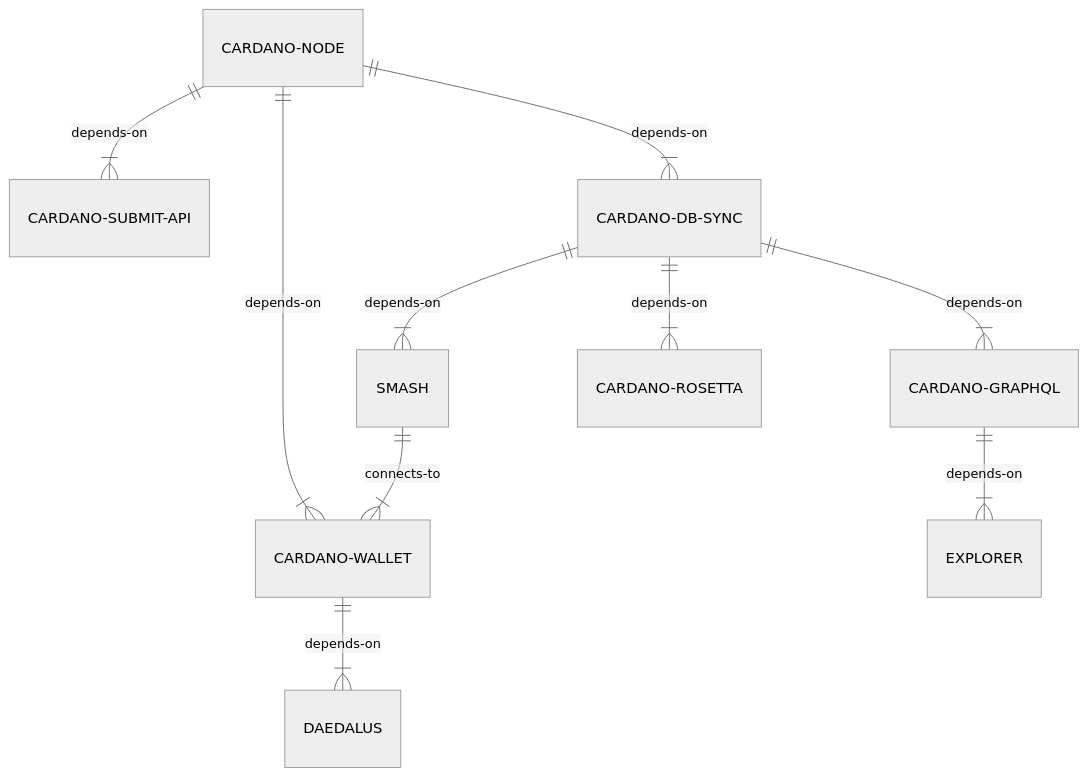
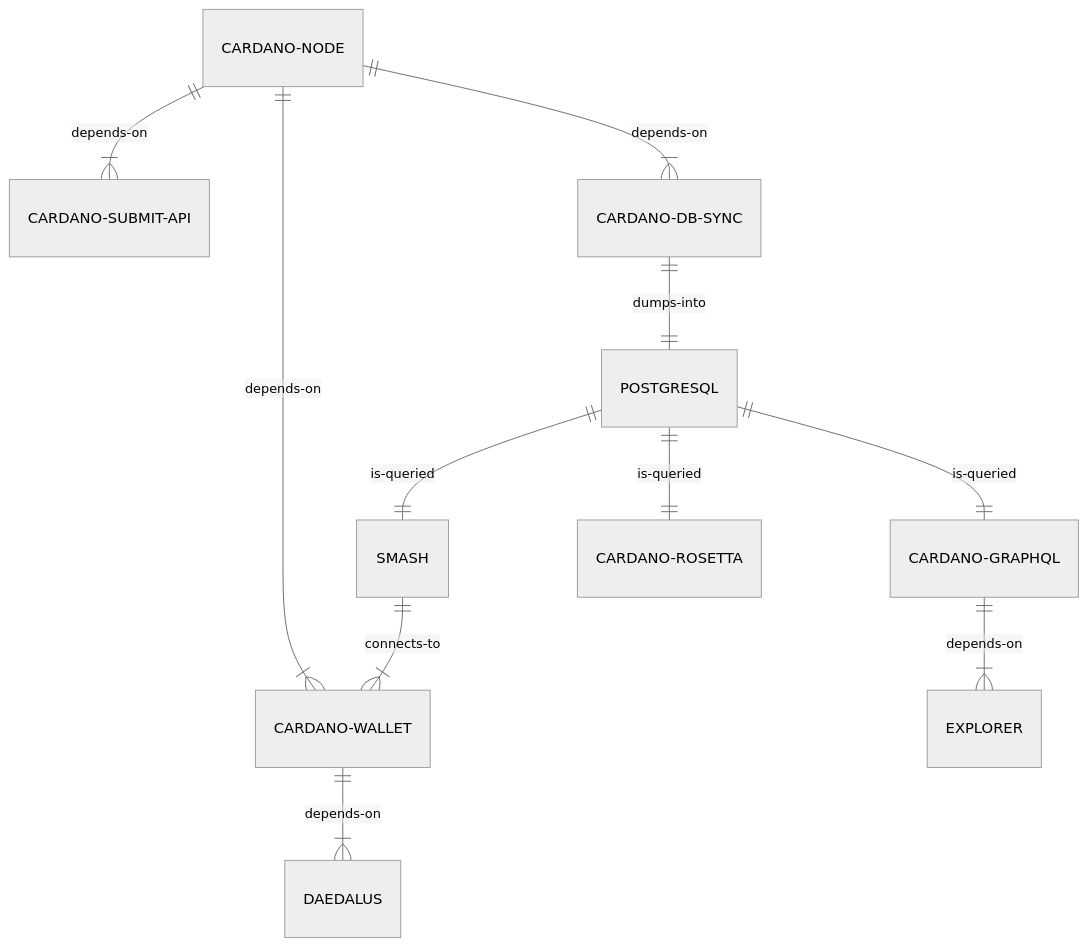
One commit to input-output-hk/adrestia changed the first of 2 diagrams in user-guide/content/docs/architecture.md. Above: the diagram before and after it, drawn with Mermaid (neutral theme).

Commit message:
Include Postgres in architecture diagram

```diff
--- a/user-guide/content/docs/architecture.md
+++ b/user-guide/content/docs/architecture.md
@@ -8,16 +8,17 @@
 {{< mermaid >}}
 erDiagram
   CARDANO-NODE ||--|{ CARDANO-SUBMIT-API : depends-on
   CARDANO-NODE ||--|{ CARDANO-WALLET : depends-on
   CARDANO-NODE ||--|{ CARDANO-DB-SYNC : depends-on
 
-  CARDANO-DB-SYNC ||--|{ SMASH : depends-on
-  CARDANO-DB-SYNC ||--|{ CARDANO-GRAPHQL : depends-on
-  CARDANO-DB-SYNC ||--|{ CARDANO-ROSETTA : depends-on
+  CARDANO-DB-SYNC ||--|| POSTGRESQL : dumps-into
+  POSTGRESQL ||--|| SMASH : is-queried
+  POSTGRESQL ||--|| CARDANO-GRAPHQL : is-queried
+  POSTGRESQL ||--|| CARDANO-ROSETTA : is-queried
 
   CARDANO-GRAPHQL ||--|{ EXPLORER : depends-on
 
   SMASH ||--|{ CARDANO-WALLET: connects-to
   CARDANO-WALLET ||--|{ DAEDALUS : depends-on
 
 {{< /mermaid >}}
```
